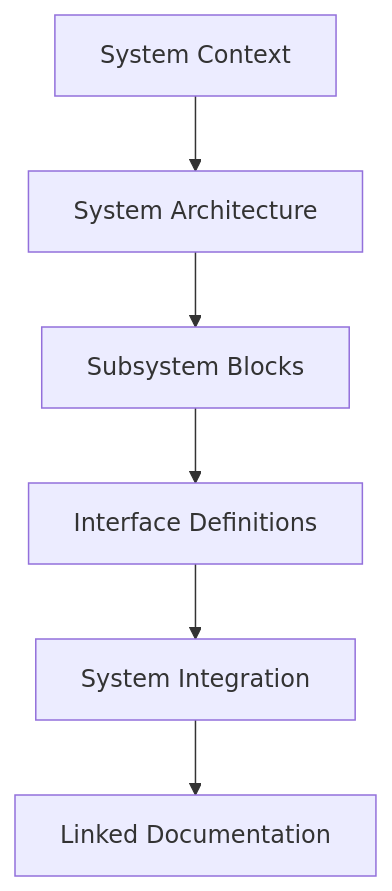
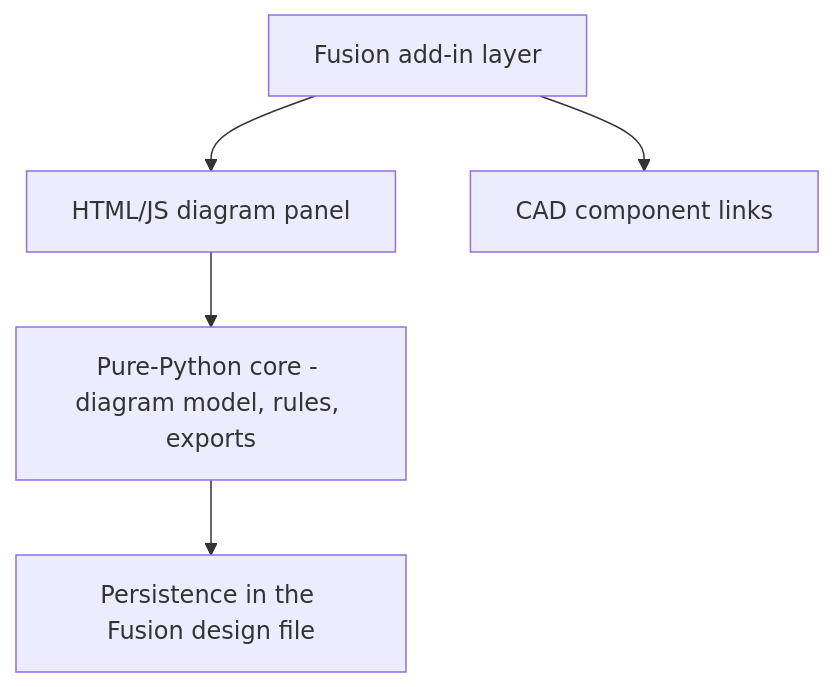
One commit to zcohen-nerd/Portfolio changed the diagram in src/pages/projects/fusion-system-blocks.md. Above: the diagram before and after it, drawn with Mermaid. The commit also changed other lines of this file and 8 other files, not shown here.

````diff
--- a/src/pages/projects/fusion-system-blocks.md
+++ b/src/pages/projects/fusion-system-blocks.md
@@ -43,8 +31,7 @@
 ```mermaid
 flowchart TB
-  SYS[System Context] --> ARCH[System Architecture]
-  ARCH --> SUB[Subsystem Blocks]
-  SUB --> IFACE[Interface Definitions]
-  IFACE --> INTEG[System Integration]
-  INTEG --> DOC[Linked Documentation]
+  ADDIN[Fusion add-in layer] --> PANEL[HTML/JS diagram panel]
+  PANEL --> CORE[Pure-Python core - diagram model, rules, exports]
+  CORE --> STORE[Persistence in the Fusion design file]
+  ADDIN --> CAD[CAD component links]
 ```
````
